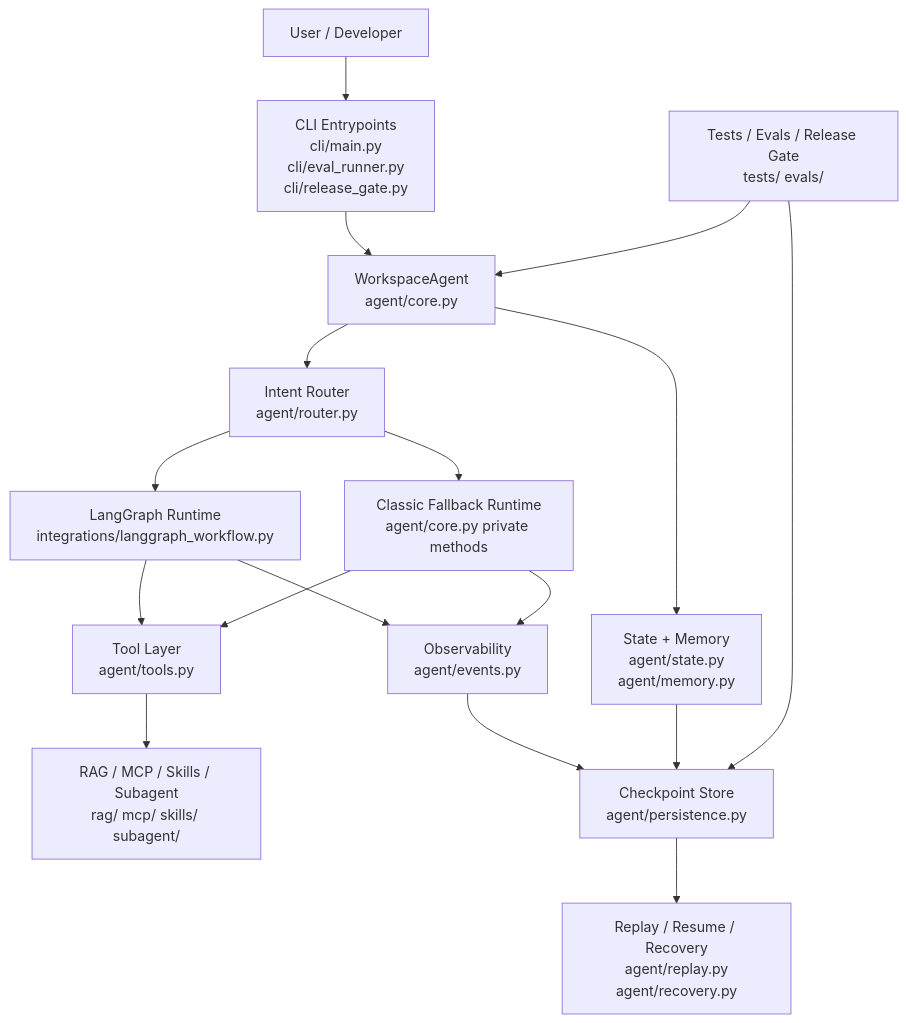
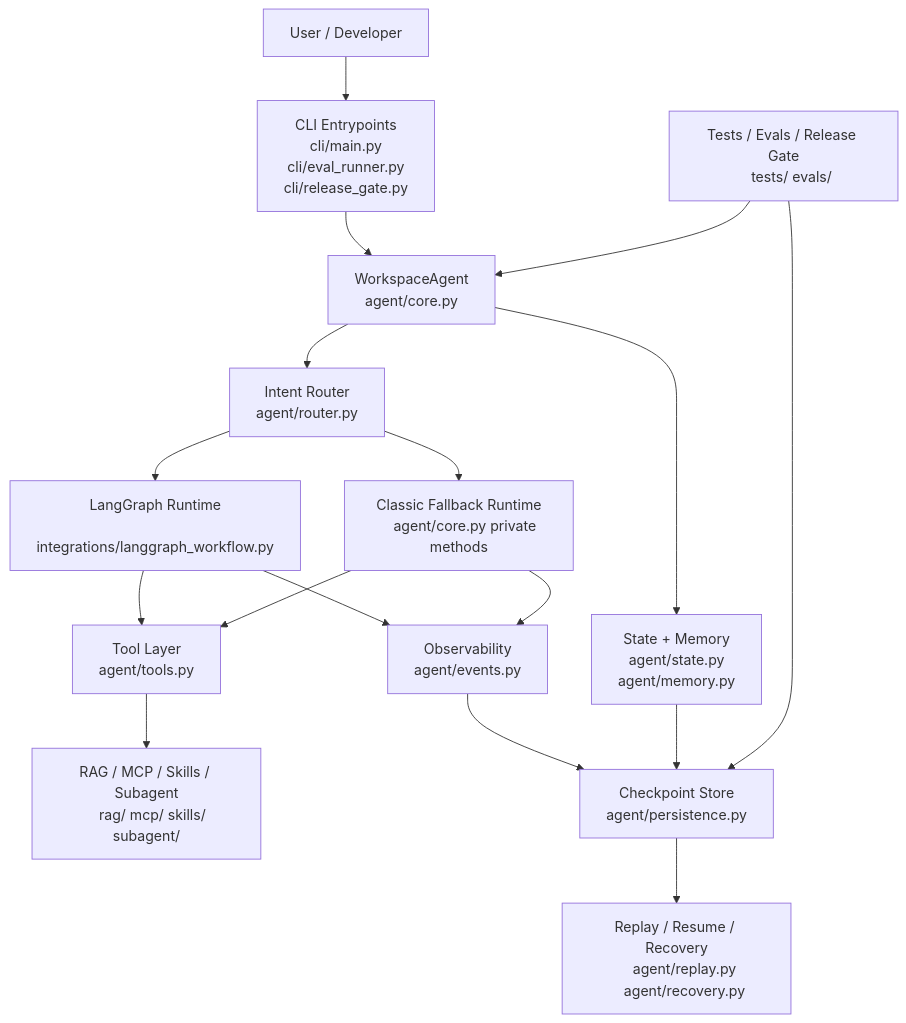
Before and after one commit to XiaoHG/agi_agent: the diagram in obsidian/agi_agent_architecture/01-系统执行总图.md, drawn with Mermaid. The commit also changed 26 other files, not shown here.

Commit message:
docs: update architecture notes and clean draft assets

````diff
--- a/obsidian/agi_agent_architecture/01-系统执行总图.md
+++ b/obsidian/agi_agent_architecture/01-系统执行总图.md
@@ -9,33 +9,60 @@
 ```mermaid
 flowchart TB
     U[User / Developer]
-    CLI[CLI Entrypoints\ncli/main.py\ncli/eval_runner.py\ncli/release_gate.py]
-    CORE[WorkspaceAgent\nagent/core.py]
-    ROUTER[Intent Router\nagent/router.py]
-    GRAPH[LangGraph Runtime\nintegrations/langgraph_workflow.py]
-    CLASSIC[Classic Fallback Runtime\nagent/core.py private methods]
-    TOOLS[Tool Layer\nagent/tools.py]
-    KNOWLEDGE[RAG / MCP / Skills / Subagent\nrag/ mcp/ skills/ subagent/]
-    OBS[Observability\nagent/events.py]
-    STATE[State + Memory\nagent/state.py\nagent/memory.py]
-    CHECKPOINT[Checkpoint Store\nagent/persistence.py]
-    RECOVERY[Replay / Resume / Recovery\nagent/replay.py\nagent/recovery.py]
-    QUALITY[Tests / Evals / Release Gate\ntests/ evals/]
+    CLI[CLI Entrypoints
+    cli/main.py
+    cli/eval_runner.py
+    cli/release_gate.py]
+    
+    CORE[WorkspaceAgent
+    agent/core.py]
+    
+    ROUTER[Intent Router
+    agent/router.py]
+    
+    GRAPH[LangGraph Runtime
+    integrations/langgraph_workflow.py]
+    
+    CLASSIC[Classic Fallback Runtime
+    agent/core.py private methods]
+    
+    TOOLS[Tool Layer
+    agent/tools.py]
+    
+    KNOWLEDGE[RAG / MCP / Skills / Subagent
+    rag/ mcp/ skills/ subagent/]
+    
+    OBS[Observability
+    agent/events.py]
+    
+    STATE[State + Memory
+    agent/state.py
+    agent/memory.py]
+    
+    CHECKPOINT[Checkpoint Store
+    agent/persistence.py]
+    
+    RECOVERY[Replay / Resume / Recovery
+    agent/replay.py
+    agent/recovery.py]
+    
+    QUALITY[Tests / Evals / Release Gate
+    tests/ evals/]
 
     U --> CLI
     CLI --> CORE
     CORE --> ROUTER
     ROUTER --> GRAPH
     ROUTER --> CLASSIC
     GRAPH --> TOOLS
     CLASSIC --> TOOLS
     TOOLS --> KNOWLEDGE
     GRAPH --> OBS
     CLASSIC --> OBS
     CORE --> STATE
     OBS --> CHECKPOINT
     STATE --> CHECKPOINT
     CHECKPOINT --> RECOVERY
     QUALITY --> CORE
     QUALITY --> CHECKPOINT
 ```
````
